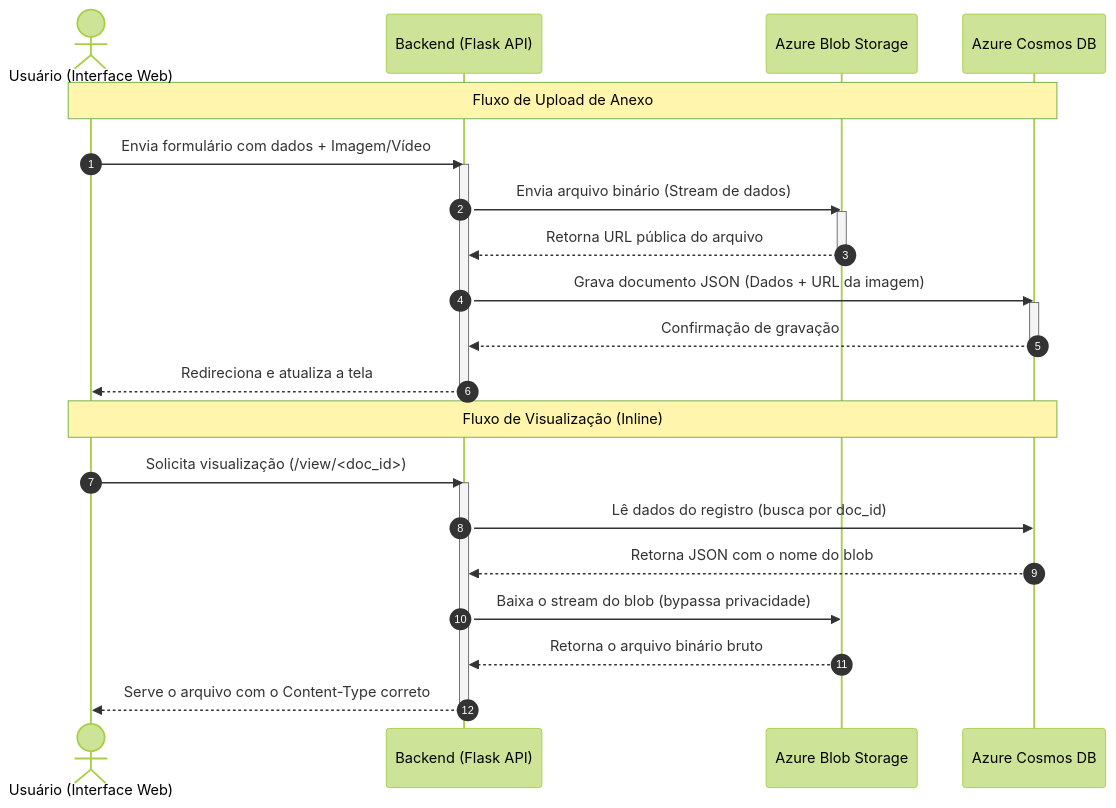
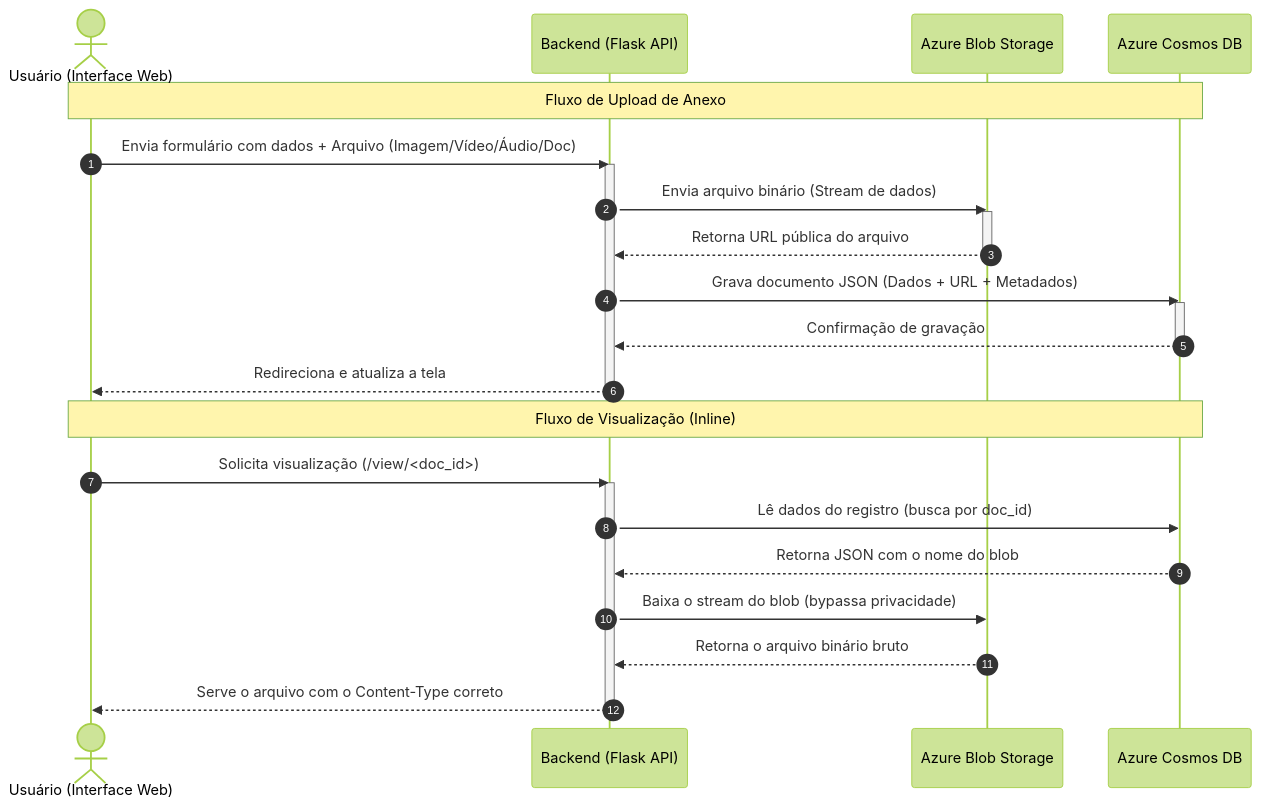
One commit to geraldocafe1/Interface_Grafica_com_dados_nao_relacional changed the diagram in README.md. Above: the diagram before and after it, drawn with Mermaid (forest theme). The commit also changed other lines of this file, not shown here.

Commit message:
docs: atualizar README com novas funcionalidades - galeria de midias, filtros, preview, status Azure e fallback local

````diff
--- a/README.md
+++ b/README.md
@@ -13,32 +13,32 @@
 ```mermaid
 sequenceDiagram
     autonumber
     actor Cliente as Usuário (Interface Web)
     participant Flask as Backend (Flask API)
     participant Blob as Azure Blob Storage
     participant Cosmos as Azure Cosmos DB
 
     Note over Cliente, Cosmos: Fluxo de Upload de Anexo
-    Cliente->>Flask: Envia formulário com dados + Imagem/Vídeo
+    Cliente->>Flask: Envia formulário com dados + Arquivo (Imagem/Vídeo/Áudio/Doc)
     activate Flask
     Flask->>Blob: Envia arquivo binário (Stream de dados)
     activate Blob
     Blob-->>Flask: Retorna URL pública do arquivo
     deactivate Blob
-    Flask->>Cosmos: Grava documento JSON (Dados + URL da imagem)
+    Flask->>Cosmos: Grava documento JSON (Dados + URL + Metadados)
     activate Cosmos
     Cosmos-->>Flask: Confirmação de gravação
     deactivate Cosmos
     Flask-->>Cliente: Redireciona e atualiza a tela
     deactivate Flask
 
     Note over Cliente, Cosmos: Fluxo de Visualização (Inline)
     Cliente->>Flask: Solicita visualização (/view/<doc_id>)
     activate Flask
     Flask->>Cosmos: Lê dados do registro (busca por doc_id)
     Cosmos-->>Flask: Retorna JSON com o nome do blob
     Flask->>Blob: Baixa o stream do blob (bypassa privacidade)
     Blob-->>Flask: Retorna o arquivo binário bruto
     Flask-->>Cliente: Serve o arquivo com o Content-Type correto
     deactivate Flask
 ```
````
